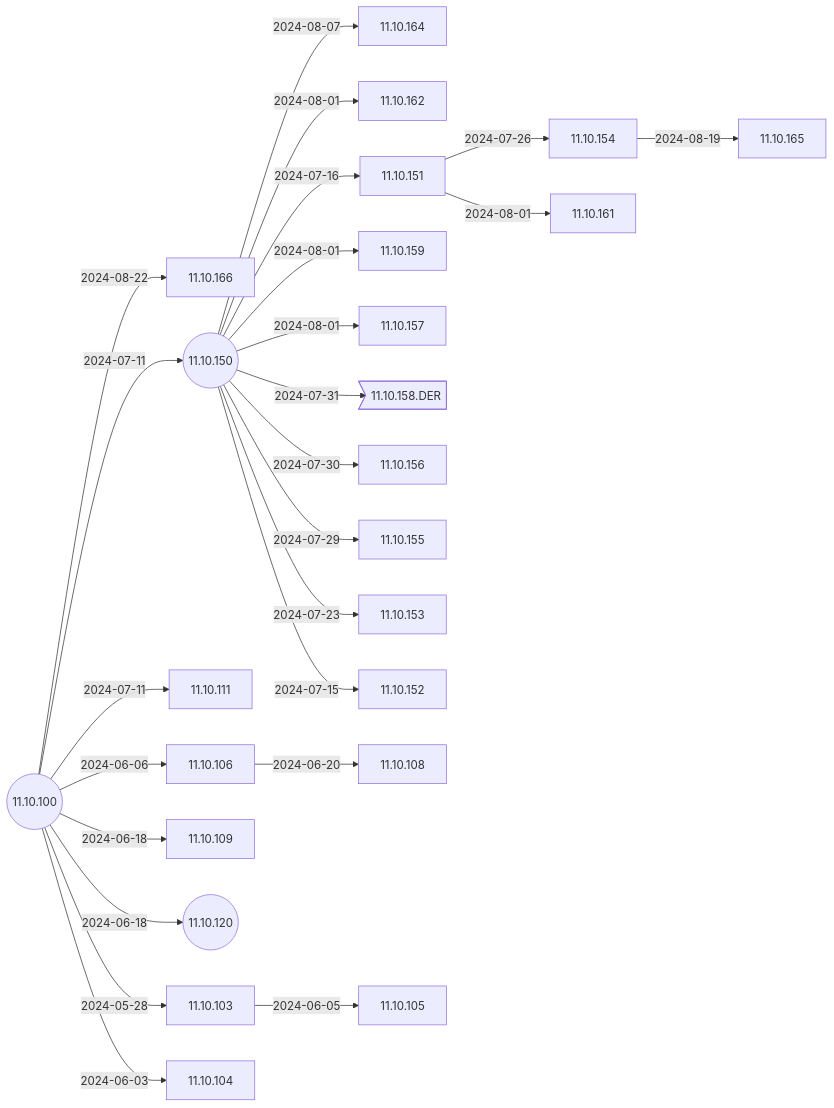
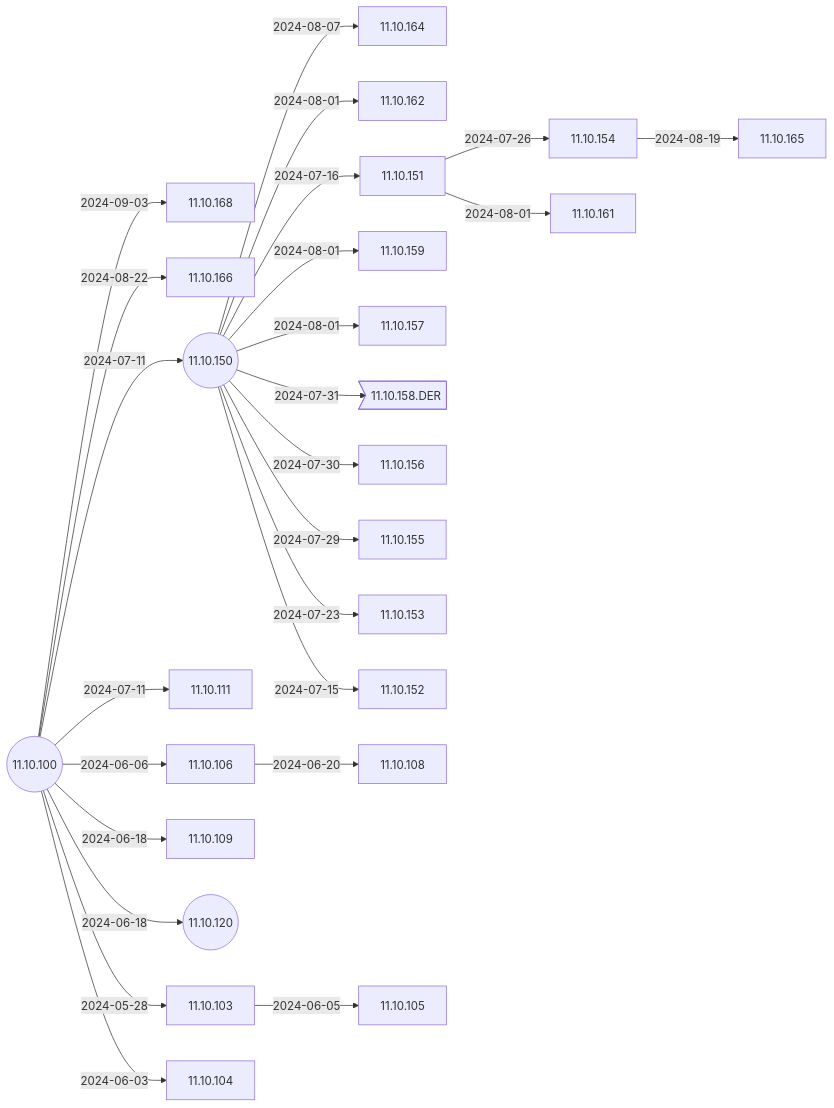
Before and after one commit to IGEL-Community/IGEL-Docs-v02: the second of 6 diagrams in docs/Docs/ReleaseNotes/01-OS11/README.md, drawn with Mermaid. The commit also changed 2 other files, not shown here.

Commit message:
11.10.168 < 11.10.100 11.10.168 < 11.10.100

````diff
--- a/docs/Docs/ReleaseNotes/01-OS11/README.md
+++ b/docs/Docs/ReleaseNotes/01-OS11/README.md
@@ -41,51 +41,53 @@
 ```mermaid
 flowchart LR
+    11.10.100-- 2024-09-03 -->11.10.168
     11.10.100-- 2024-08-22 -->11.10.166
     11.10.154-- 2024-08-19 -->11.10.165
     11.10.150-- 2024-08-07 -->11.10.164
     11.10.150-- 2024-08-01 -->11.10.162
     11.10.151-- 2024-08-01 -->11.10.161
     11.10.150-- 2024-08-01 -->11.10.159
     11.10.150-- 2024-08-01 -->11.10.157
     11.10.150-- 2024-07-31 -->11.10.158.DER>11.10.158.DER]
     11.10.150-- 2024-07-30 -->11.10.156
     11.10.150-- 2024-07-29 -->11.10.155
     11.10.151-- 2024-07-26 -->11.10.154
     11.10.150-- 2024-07-23 -->11.10.153
     11.10.150-- 2024-07-16 -->11.10.151
     11.10.150-- 2024-07-15 -->11.10.152
     11.10.100-- 2024-07-11 -->11.10.150((11.10.150))
     11.10.100-- 2024-07-11 -->11.10.111
     11.10.106-- 2024-06-20 -->11.10.108
     11.10.100-- 2024-06-18 -->11.10.109
     11.10.100-- 2024-06-18 -->11.10.120((11.10.120))
     11.10.100-- 2024-06-06 -->11.10.106
     11.10.103-- 2024-06-05 -->11.10.105
     11.10.100-- 2024-06-03 -->11.10.104
     11.10.100-- 2024-05-28 -->11.10.103
     11.10.100((11.10.100))
+    click 11.10.168 "https://github.com/IGEL-Community/IGEL-Docs-v02/tree/main/docs/Docs/ReleaseNotes/01-OS11/readme11.10.168.txt" _blank
     click 11.10.166 "https://github.com/IGEL-Community/IGEL-Docs-v02/tree/main/docs/Docs/ReleaseNotes/01-OS11/readme11.10.166.txt" _blank
     click 11.10.165 "https://github.com/IGEL-Community/IGEL-Docs-v02/tree/main/docs/Docs/ReleaseNotes/01-OS11/readme11.10.165.txt" _blank
     click 11.10.164 "https://github.com/IGEL-Community/IGEL-Docs-v02/tree/main/docs/Docs/ReleaseNotes/01-OS11/readme11.10.164.txt" _blank
     click 11.10.162 "https://github.com/IGEL-Community/IGEL-Docs-v02/tree/main/docs/Docs/ReleaseNotes/01-OS11/readme11.10.162.txt" _blank
     click 11.10.161 "https://github.com/IGEL-Community/IGEL-Docs-v02/tree/main/docs/Docs/ReleaseNotes/01-OS11/readme11.10.161.txt" _blank
     click 11.10.159 "https://github.com/IGEL-Community/IGEL-Docs-v02/tree/main/docs/Docs/ReleaseNotes/01-OS11/readme11.10.159.txt" _blank
     click 11.10.157 "https://github.com/IGEL-Community/IGEL-Docs-v02/tree/main/docs/Docs/ReleaseNotes/01-OS11/readme11.10.157.txt" _blank
     click 11.10.158.DER "https://github.com/IGEL-Community/IGEL-Docs-v02/tree/main/docs/Docs/ReleaseNotes/01-OS11/readme11.10.158.DER.txt" _blank
     click 11.10.156 "https://github.com/IGEL-Community/IGEL-Docs-v02/tree/main/docs/Docs/ReleaseNotes/01-OS11/readme11.10.156.txt" _blank
     click 11.10.155 "https://github.com/IGEL-Community/IGEL-Docs-v02/tree/main/docs/Docs/ReleaseNotes/01-OS11/readme11.10.155.txt" _blank
     click 11.10.154 "https://github.com/IGEL-Community/IGEL-Docs-v02/tree/main/docs/Docs/ReleaseNotes/01-OS11/readme11.10.154.txt" _blank
     click 11.10.153 "https://github.com/IGEL-Community/IGEL-Docs-v02/tree/main/docs/Docs/ReleaseNotes/01-OS11/readme11.10.153.txt" _blank
     click 11.10.151 "https://github.com/IGEL-Community/IGEL-Docs-v02/tree/main/docs/Docs/ReleaseNotes/01-OS11/readme11.10.151.txt" _blank
     click 11.10.152 "https://github.com/IGEL-Community/IGEL-Docs-v02/tree/main/docs/Docs/ReleaseNotes/01-OS11/readme11.10.152.txt" _blank
     click 11.10.111 "https://github.com/IGEL-Community/IGEL-Docs-v02/tree/main/docs/Docs/ReleaseNotes/01-OS11/readme11.10.111.txt" _blank
     click 11.10.150 "https://github.com/IGEL-Community/IGEL-Docs-v02/tree/main/docs/Docs/ReleaseNotes/01-OS11/readme11.10.150.txt" _blank
     click 11.10.108 "https://github.com/IGEL-Community/IGEL-Docs-v02/tree/main/docs/Docs/ReleaseNotes/01-OS11/readme11.10.108.txt" _blank
     click 11.10.109 "https://github.com/IGEL-Community/IGEL-Docs-v02/tree/main/docs/Docs/ReleaseNotes/01-OS11/readme11.10.109.txt" _blank
     click 11.10.120 "https://github.com/IGEL-Community/IGEL-Docs-v02/tree/main/docs/Docs/ReleaseNotes/01-OS11/readme11.10.120.txt" _blank
     click 11.10.106 "https://github.com/IGEL-Community/IGEL-Docs-v02/tree/main/docs/Docs/ReleaseNotes/01-OS11/readme11.10.106.txt" _blank
     click 11.10.105 "https://github.com/IGEL-Community/IGEL-Docs-v02/tree/main/docs/Docs/ReleaseNotes/01-OS11/readme11.10.105.txt" _blank
     click 11.10.104 "https://github.com/IGEL-Community/IGEL-Docs-v02/tree/main/docs/Docs/ReleaseNotes/01-OS11/readme11.10.104.txt" _blank
     click 11.10.103 "https://github.com/IGEL-Community/IGEL-Docs-v02/tree/main/docs/Docs/ReleaseNotes/01-OS11/readme11.10.103.txt" _blank
     click 11.10.100 "https://github.com/IGEL-Community/IGEL-Docs-v02/tree/main/docs/Docs/ReleaseNotes/01-OS11/readme11.10.100.txt" _blank
 ```
````
